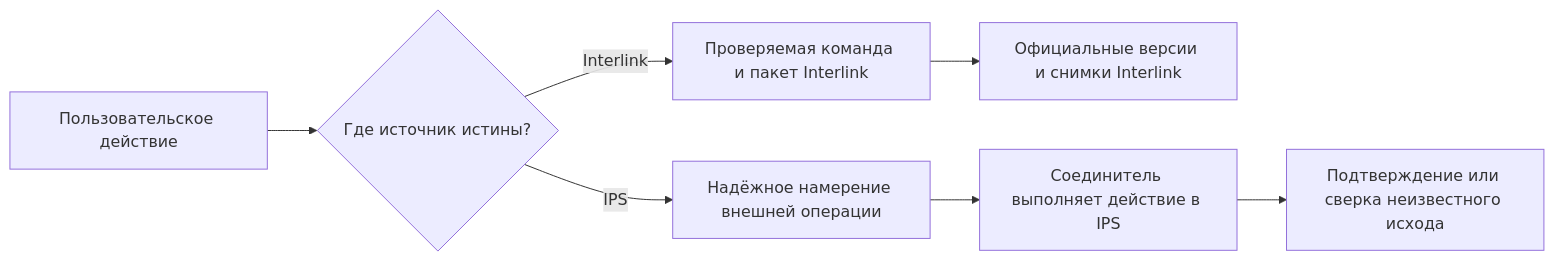
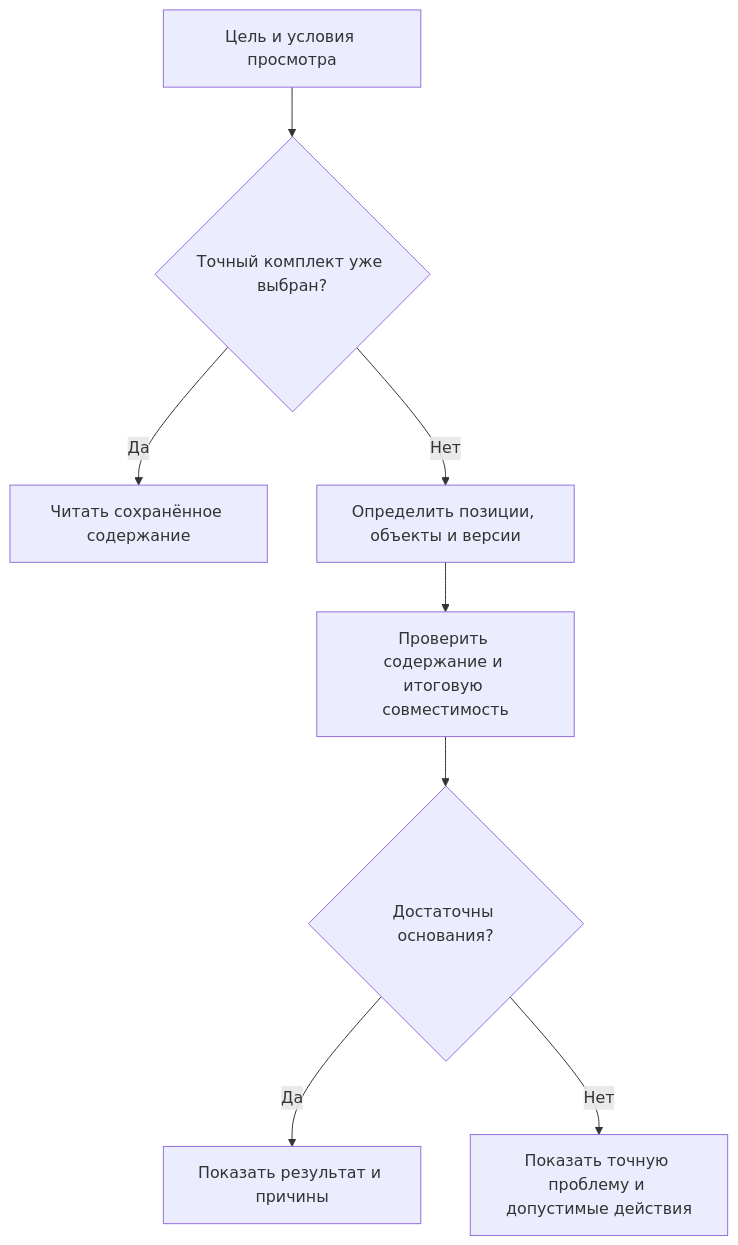
One commit to ZelAnton/Interlink-product-book changed the first of 2 diagrams in wiki/How-system-works.md. Above: the diagram before and after it, drawn with Mermaid. The commit also changed other lines of this file and 231 other files, not shown here.

````diff
--- a/wiki/How-system-works.md
+++ b/wiki/How-system-works.md
@@ -49,9 +46,10 @@
 ```mermaid
-flowchart LR
-    U["Пользовательское действие"] --> H{"Где источник истины?"}
-    H -->|"Interlink"| I["Проверяемая команда и пакет Interlink"]
-    I --> R["Официальные версии и снимки Interlink"]
-    H -->|"IPS"| O["Надёжное намерение внешней операции"]
-    O --> X["Соединитель выполняет действие в IPS"]
-    X --> C["Подтверждение или сверка неизвестного исхода"]
+flowchart TD
+    A["Цель и условия просмотра"] --> B{"Точный комплект уже выбран?"}
+    B -->|"Да"| C["Читать сохранённое содержание"]
+    B -->|"Нет"| D["Определить позиции, объекты и версии"]
+    D --> E["Проверить содержание и итоговую совместимость"]
+    E --> F{"Достаточны основания?"}
+    F -->|"Да"| G["Показать результат и причины"]
+    F -->|"Нет"| H["Показать точную проблему и допустимые действия"]
 ```
````
